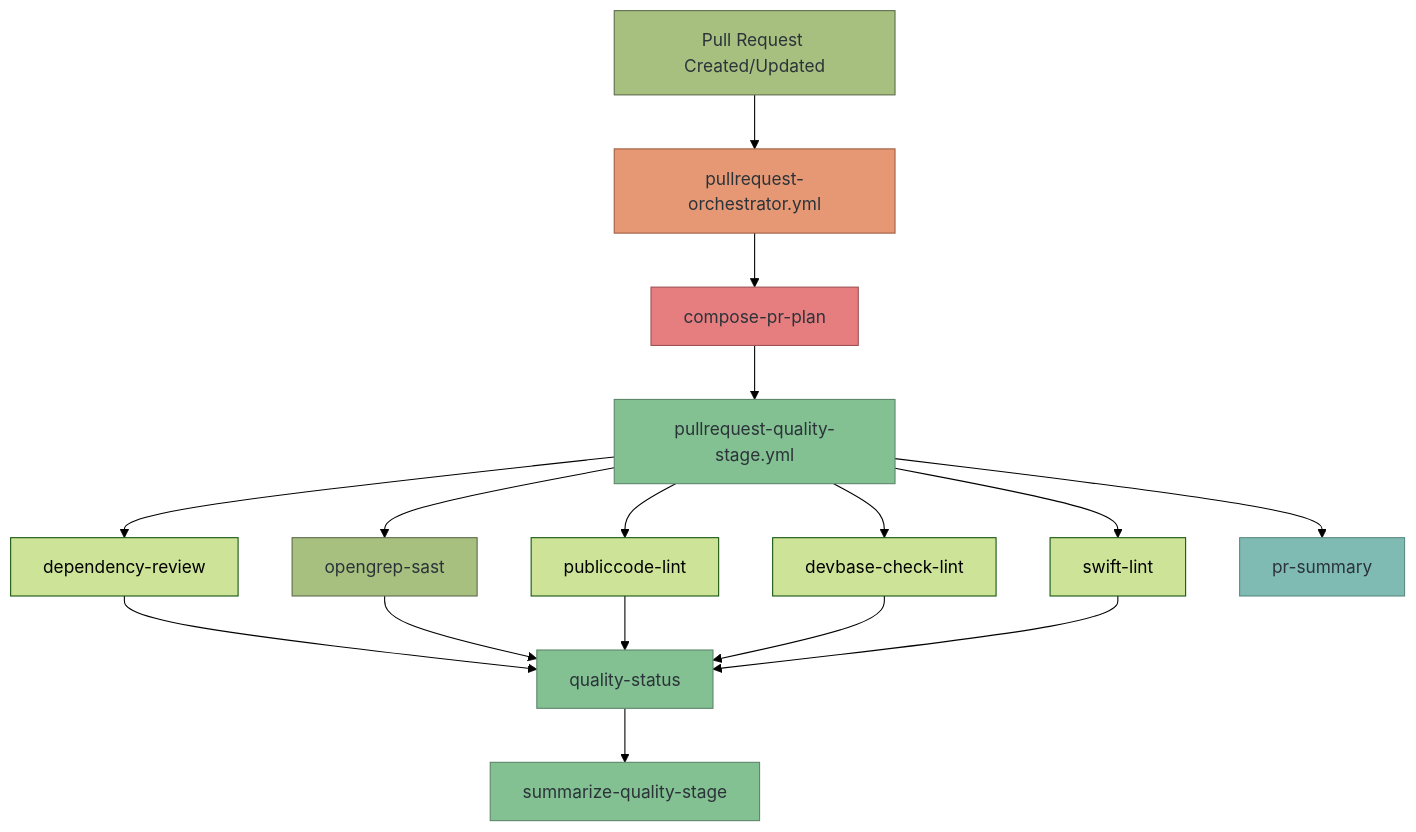
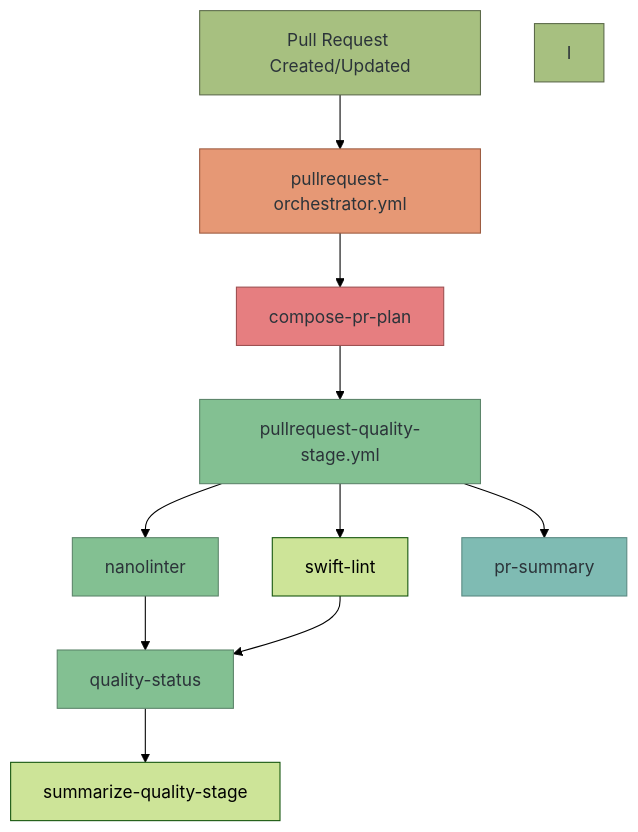
Before and after one commit to diggsweden/reusable-ci: the first of 7 diagrams in docs/workflows.md, drawn with Mermaid (forest theme). The commit also changed other lines of this file and 31 other files, not shown here.

First line of the commit message:
feat(pr)!: consolidate lint and security into nanolinter

````diff
--- a/docs/workflows.md
+++ b/docs/workflows.md
@@ -25,28 +25,22 @@
 ```mermaid
 graph TD
     A[Pull Request Created/Updated] --> B[pullrequest-orchestrator.yml]
     B --> C[compose-pr-plan]
     C --> D[pullrequest-quality-stage.yml]
 
-    D --> H[dependency-review]
-    D --> I[opengrep-sast]
-    D --> J[publiccode-lint]
-    D --> K[devbase-check-lint]
+    D --> N[nanolinter]
     D --> L[swift-lint]
-    H --> M[quality-status]
-    I --> M
-    J --> M
-    K --> M
+    N --> M[quality-status]
     L --> M
-    M --> N[summarize-quality-stage]
+    M --> S[summarize-quality-stage]
     D --> O[pr-summary]
 
     style A fill:#a7c080,stroke:#5c6a4a,color:#2b3339
     style B fill:#e69875,stroke:#9d5c41,color:#2b3339
     style C fill:#e67e80,stroke:#9d4f50,color:#2b3339
     style D fill:#83c092,stroke:#5c856a,color:#2b3339
     style I fill:#a7c080,stroke:#5c6a4a,color:#2b3339
     style M fill:#83c092,stroke:#5c856a,color:#2b3339
     style N fill:#83c092,stroke:#5c856a,color:#2b3339
     style O fill:#7fbbb3,stroke:#5a8a82,color:#2b3339
 ```
````
